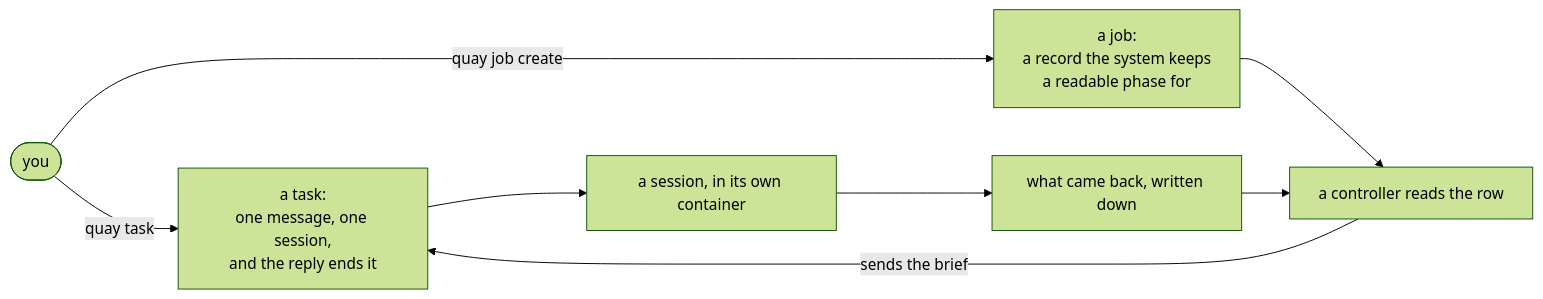
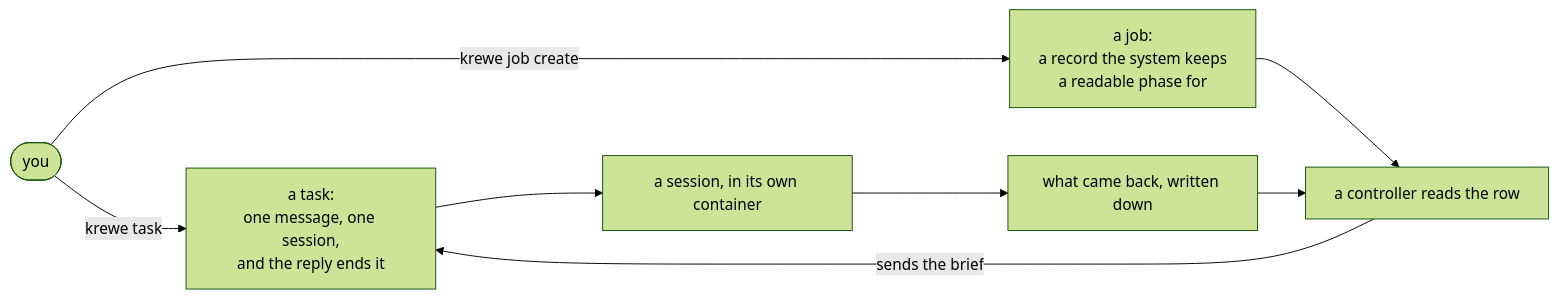
One commit to atlantic-blue/quay-crew changed the first of 3 diagrams in docs/TASKS.md. Above: the diagram before and after it, drawn with Mermaid (forest theme). The commit also changed other lines of this file and 27 other files, not shown here.

````diff
--- a/docs/TASKS.md
+++ b/docs/TASKS.md
@@ -42,10 +42,10 @@
 ```mermaid
 flowchart LR
-    YOU(["you"]) -->|"quay task"| TASK["a task:<br/>one message, one session,<br/>and the reply ends it"]
-    YOU -->|"quay job create"| JOB["a job:<br/>a record the system keeps<br/>a readable phase for"]
+    YOU(["you"]) -->|"krewe task"| TASK["a task:<br/>one message, one session,<br/>and the reply ends it"]
+    YOU -->|"krewe job create"| JOB["a job:<br/>a record the system keeps<br/>a readable phase for"]
     JOB --> CTL["a controller reads the row"]
     CTL -->|"sends the brief"| TASK
     TASK --> SESSION["a session, in its own container"]
     SESSION --> LANDED["what came back, written down"]
     LANDED --> CTL
 ```
````
